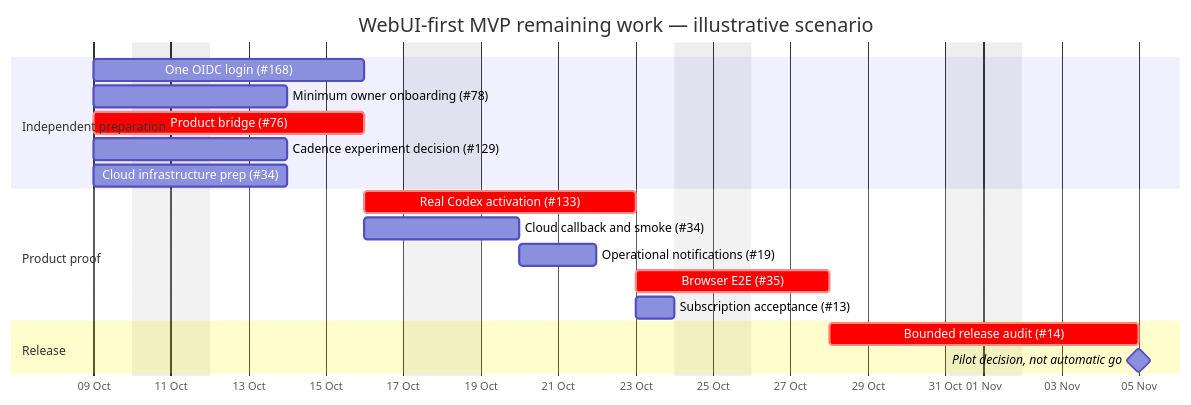
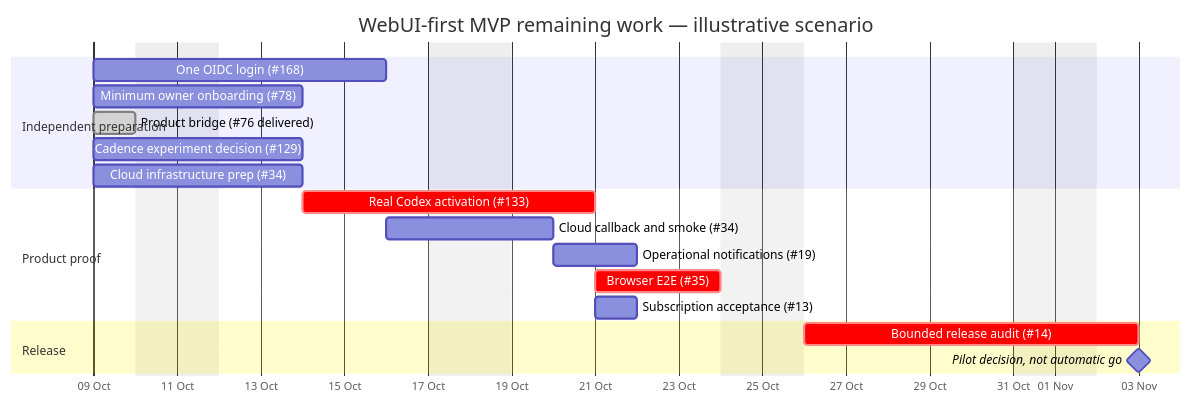
One commit to urandon/sessionless changed the second of 2 diagrams in docs/mvp-delivery-plan.md. Above: the diagram before and after it, drawn with Mermaid. The commit also changed other lines of this file and 21 other files, not shown here.

````diff
--- a/docs/mvp-delivery-plan.md
+++ b/docs/mvp-delivery-plan.md
@@ -121,22 +126,22 @@
 ```mermaid
 gantt
     title WebUI-first MVP remaining work — illustrative scenario
     dateFormat YYYY-MM-DD
     axisFormat %d %b
     excludes weekends
     section Independent preparation
     One OIDC login (#168)               :auth, 2026-10-09, 5d
     Minimum owner onboarding (#78)      :enroll, 2026-10-09, 3d
-    Product bridge (#76)                :crit, bridge, 2026-10-09, 5d
+    Product bridge (#76 delivered)      :done, bridge, 2026-10-09, 1d
     Cadence experiment decision (#129)  :cost, 2026-10-09, 3d
     Cloud infrastructure prep (#34)     :prep, 2026-10-09, 3d
     section Product proof
     Real Codex activation (#133)        :crit, real, after bridge enroll cost, 5d
     Cloud callback and smoke (#34)      :cloud, after auth prep, 2d
     Operational notifications (#19)     :alerts, after cloud, 2d
     Browser E2E (#35)                   :crit, e2e, after real cloud auth, 3d
     Subscription acceptance (#13)       :sub, after real, 1d
     section Release
     Bounded release audit (#14)         :crit, audit, after e2e alerts sub, 6d
     Pilot decision, not automatic go    :milestone, after audit, 0d
 ```
````
